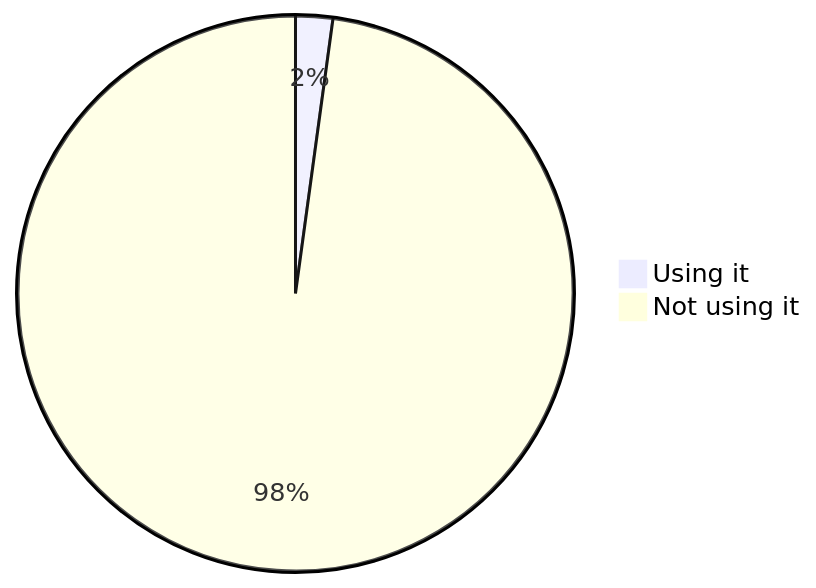
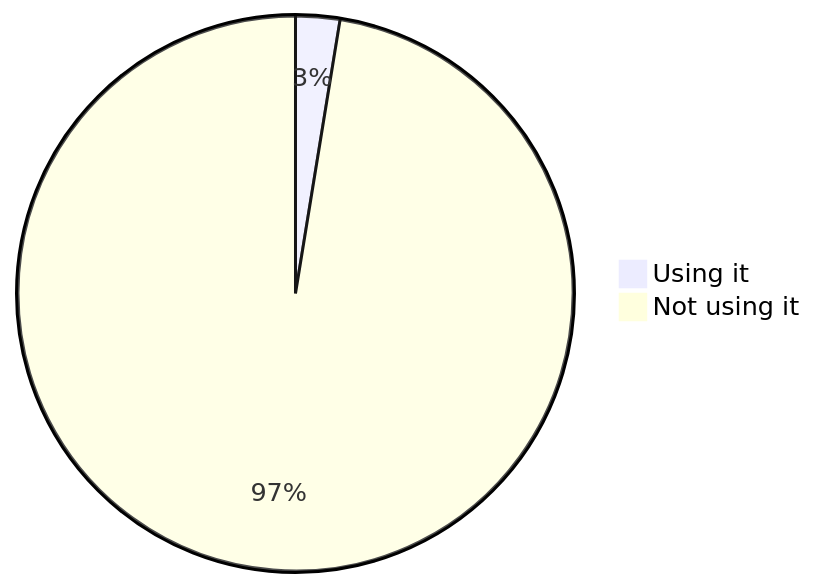
The eighth of 22 diagrams in stats.md (oshp/oshp-stats), drawn with Mermaid before and after one commit. The commit also changed other lines of this file, not shown here.

````diff
--- a/stats.md
+++ b/stats.md
@@ -94,6 +94,6 @@
 ```mermaid
 pie
-	"Using it" : 2.16
-	"Not using it" : 97.84
+	"Using it" : 2.57
+	"Not using it" : 97.43
 
 ```
````
